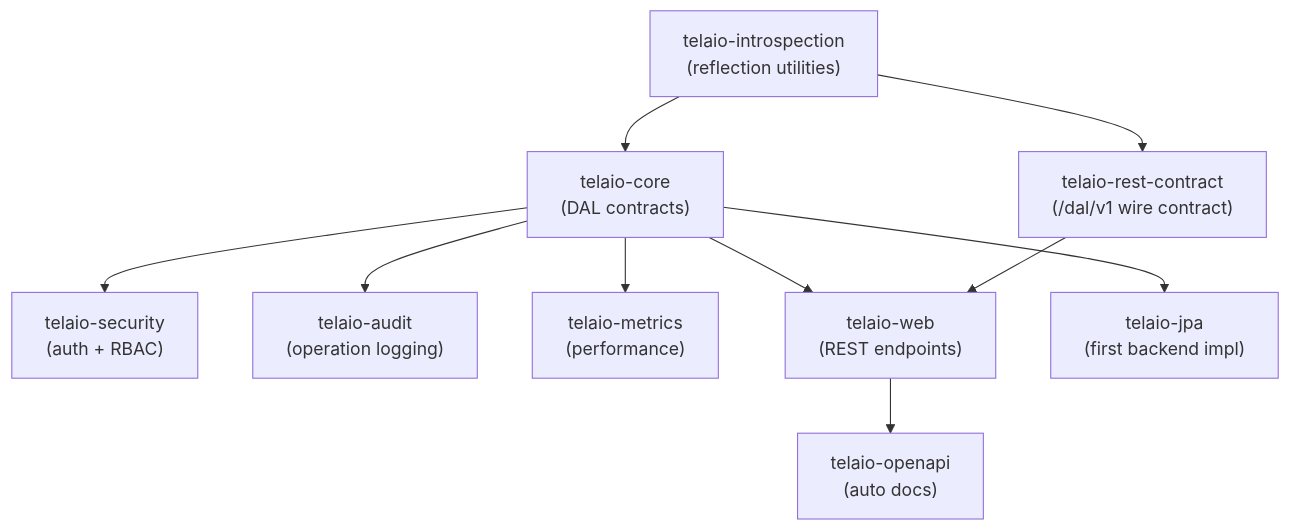
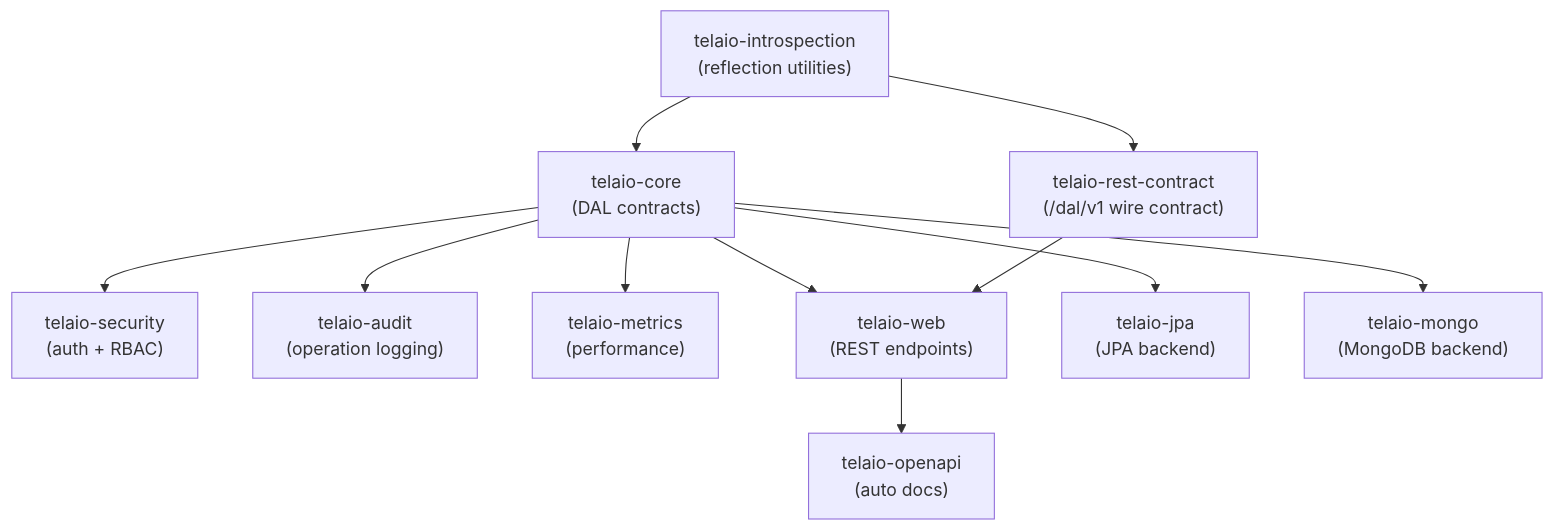
The first of 9 diagrams in docs/architecture.md (marcopag90/telaio), drawn with Mermaid before and after one commit. The commit also changed other lines of this file and 30 other files, not shown here.

First line of the commit message:
feat(mongo): add MongoDB DAL backend module

````diff
--- a/docs/architecture.md
+++ b/docs/architecture.md
@@ -41,13 +42,14 @@
 ```mermaid
 graph TD
     A["telaio-introspection<br/>(reflection utilities)"]
     A --> B["telaio-core<br/>(DAL contracts)"]
     A --> R["telaio-rest-contract<br/>(/dal/v1 wire contract)"]
     B --> C["telaio-security<br/>(auth + RBAC)"]
     B --> D["telaio-audit<br/>(operation logging)"]
     B --> E["telaio-metrics<br/>(performance)"]
     B --> F["telaio-web<br/>(REST endpoints)"]
-    B --> G["telaio-jpa<br/>(first backend impl)"]
+    B --> G["telaio-jpa<br/>(JPA backend)"]
+    B --> M["telaio-mongo<br/>(MongoDB backend)"]
     R --> F
     F --> H["telaio-openapi<br/>(auto docs)"]
 ```
````
